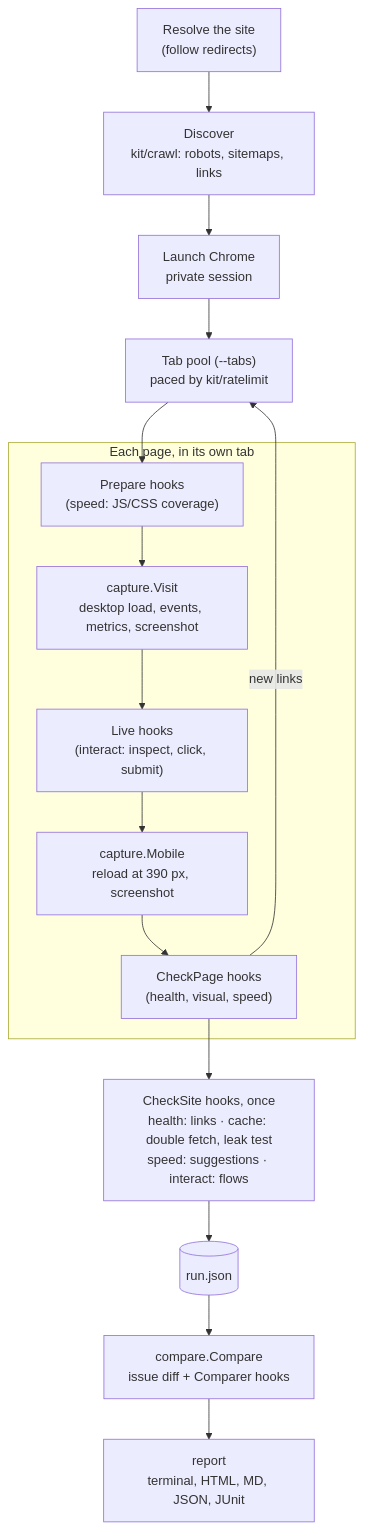
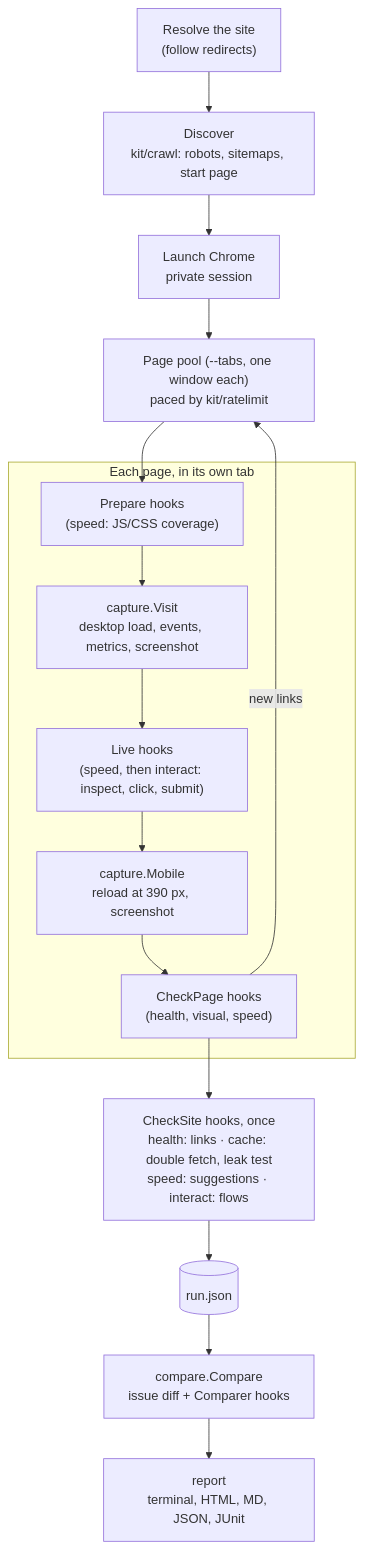
One commit to RhythmShahriar/rhythm changed the third of 3 diagrams in wiki/Architecture.md. Above: the diagram before and after it, drawn with Mermaid. The commit also changed other lines of this file and 19 other files, not shown here.

````diff
--- a/wiki/Architecture.md
+++ b/wiki/Architecture.md
@@ -185,18 +185,18 @@
 ```mermaid
 flowchart TD
-  R["Resolve the site<br/>(follow redirects)"] --> D["Discover<br/>kit/crawl: robots, sitemaps, links"]
+  R["Resolve the site<br/>(follow redirects)"] --> D["Discover<br/>kit/crawl: robots, sitemaps, start page"]
   D --> L["Launch Chrome<br/>private session"]
-  L --> T["Tab pool (--tabs)<br/>paced by kit/ratelimit"]
+  L --> T["Page pool (--tabs, one window each)<br/>paced by kit/ratelimit"]
   subgraph page ["Each page, in its own tab"]
     P["Prepare hooks<br/>(speed: JS/CSS coverage)"] --> V["capture.Visit<br/>desktop load, events, metrics, screenshot"]
-    V --> LV["Live hooks<br/>(interact: inspect, click, submit)"]
+    V --> LV["Live hooks<br/>(speed, then interact: inspect, click, submit)"]
     LV --> M["capture.Mobile<br/>reload at 390 px, screenshot"]
     M --> C["CheckPage hooks<br/>(health, visual, speed)"]
   end
   T --> P
   C -- "new links" --> T
   C --> S["CheckSite hooks, once<br/>health: links · cache: double fetch, leak test<br/>speed: suggestions · interact: flows"]
   S --> RUN[("run.json")]
   RUN --> CMP["compare.Compare<br/>issue diff + Comparer hooks"]
   CMP --> REP["report<br/>terminal, HTML, MD, JSON, JUnit"]
 ```
````
